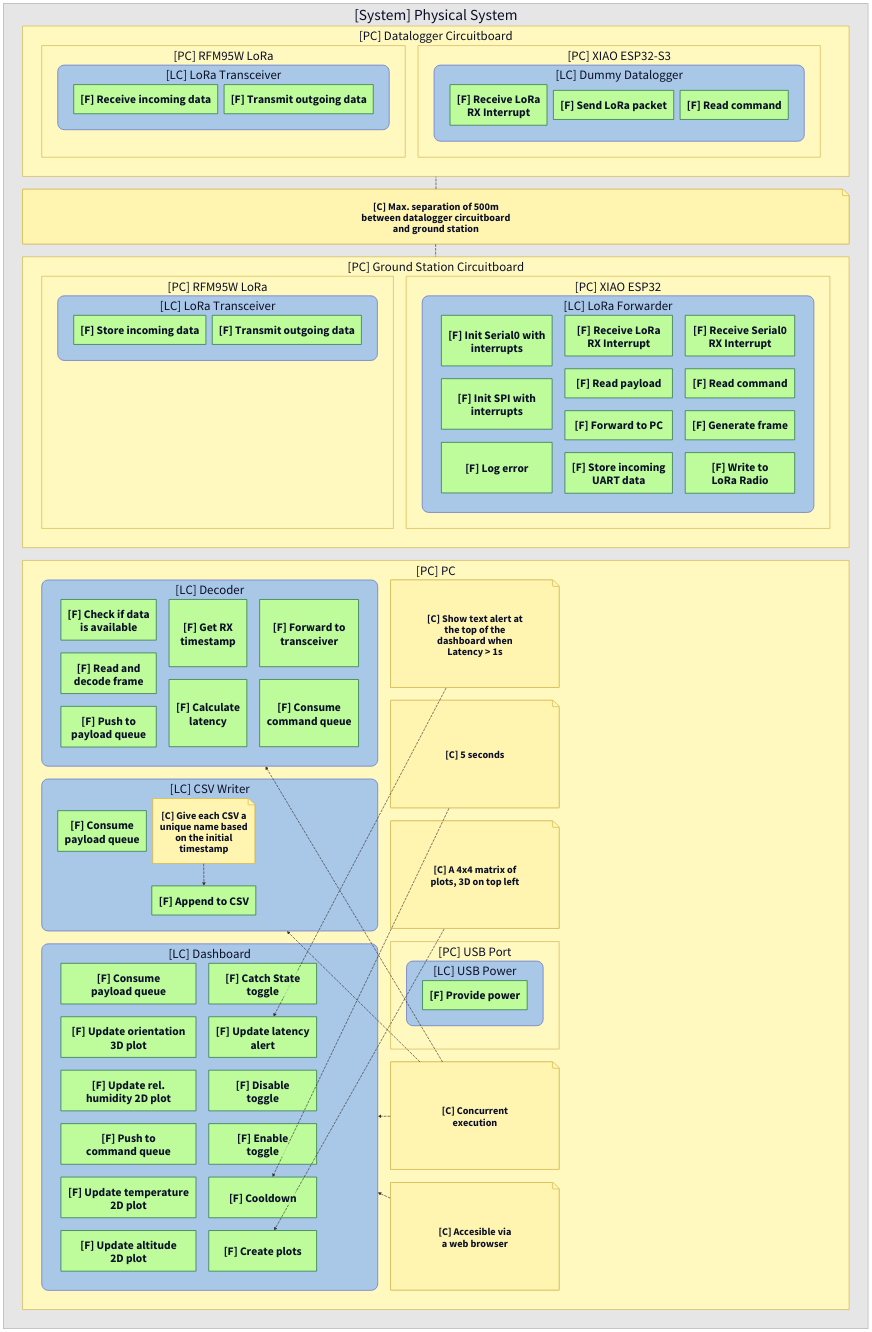
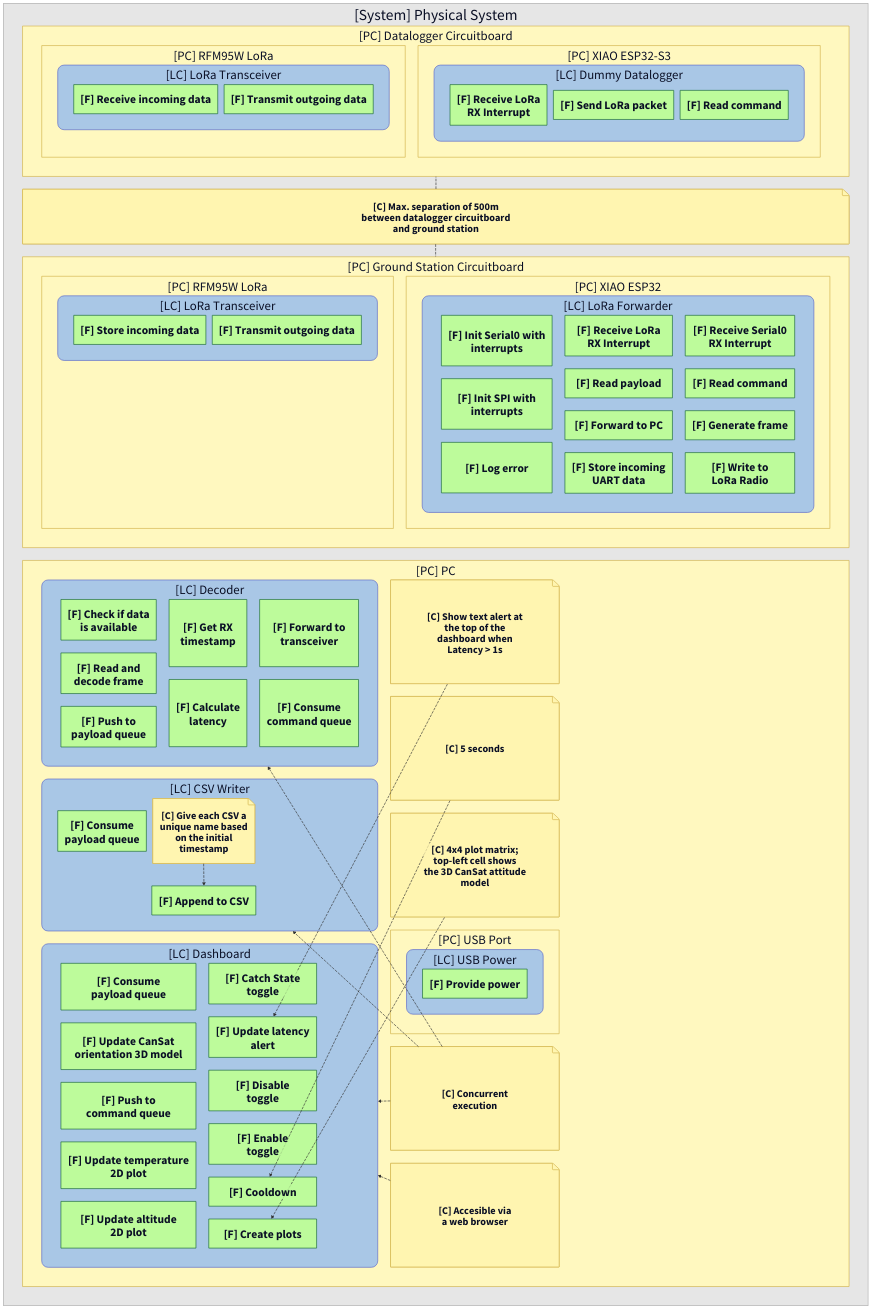
The diagram in DPS/MBSE/v0.1/DPS_v0.1_view3_functional_allocation.d2 (DeltaLabo/CanSatWorkshop), drawn with D2 before and after one commit. The commit also changed 45 other files, not shown here.

```diff
--- a/DPS/MBSE/v0.1/DPS_v0.1_view3_functional_allocation.d2
+++ b/DPS/MBSE/v0.1/DPS_v0.1_view3_functional_allocation.d2
@@ -165,8 +165,7 @@
       grid-columns: 2
 
       dashboard_consume_payload_queue: "[F] Consume\npayload queue" { class: func }
-      update_orientation_3d_plot: "[F] Update orientation\n3D plot" { class: func }
-      update_rel_humidity_2d_plot: "[F] Update rel.\nhumidity 2D plot" { class: func }
+      update_orientation_3d_plot: "[F] Update CanSat\norientation 3D model" { class: func }
       push_to_command_queue: "[F] Push to\ncommand queue" { class: func }
       update_temperature_2d_plot: "[F] Update temperature\n2D plot" { class: func }
       update_altitude_2d_plot: "[F] Update altitude\n2D plot" { class: func }
@@ -188,7 +187,7 @@
       shape: page
     }
 
-    note_plots: "[C] A 4x4 matrix of\nplots, 3D on top left" {
+    note_plots: "[C] 4x4 plot matrix;\ntop-left cell shows\nthe 3D CanSat attitude\nmodel" {
       class: note
       shape: page
     }
```
